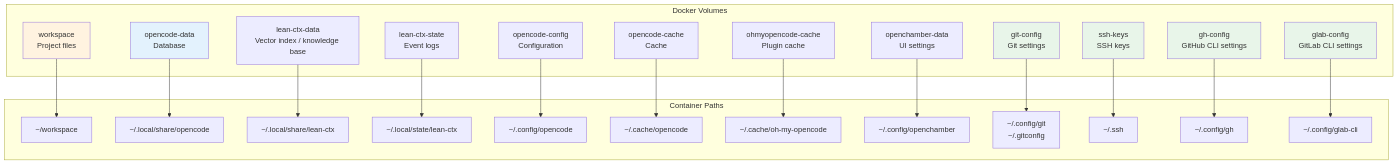
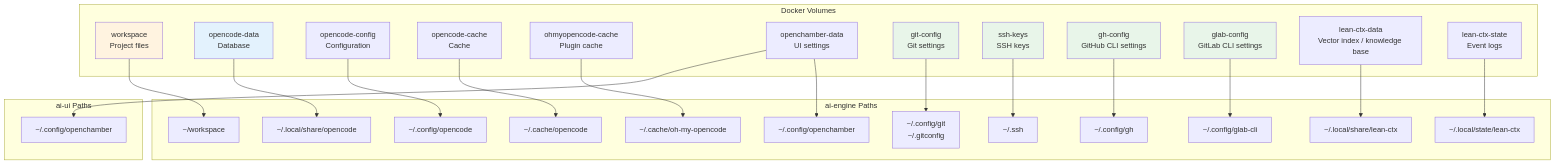
The seventh of 10 diagrams in docs/ARCHITECTURE.md (tryweb/ai-engkit), drawn with Mermaid before and after one commit. The commit also changed other lines of this file and 10 other files, not shown here.

````diff
--- a/docs/ARCHITECTURE.md
+++ b/docs/ARCHITECTURE.md
@@ -217,52 +246,57 @@
 ```mermaid
 graph TB
     subgraph "Docker Volumes"
         VOL_WS["workspace<br/>Project files"]
         VOL_DATA["opencode-data<br/>Database"]
         VOL_CONFIG["opencode-config<br/>Configuration"]
         VOL_CACHE["opencode-cache<br/>Cache"]
         VOL_OHMY["ohmyopencode-cache<br/>Plugin cache"]
         VOL_CHAMBER["openchamber-data<br/>UI settings"]
         VOL_GIT["git-config<br/>Git settings"]
         VOL_SSH["ssh-keys<br/>SSH keys"]
         VOL_GH["gh-config<br/>GitHub CLI settings"]
         VOL_GLAB["glab-config<br/>GitLab CLI settings"]
         VOL_LC_DATA["lean-ctx-data<br/>Vector index / knowledge base"]
         VOL_LC_STATE["lean-ctx-state<br/>Event logs"]
     end
 
-    subgraph "Container Paths"
-        C_WS["~/workspace"]
-        C_DATA["~/.local/share/opencode"]
-        C_LC_DATA["~/.local/share/lean-ctx"]
-        C_LC_STATE["~/.local/state/lean-ctx"]
-        C_CONFIG["~/.config/opencode"]
-        C_CACHE["~/.cache/opencode"]
-        C_OHMY["~/.cache/oh-my-opencode"]
-        C_CHAMBER["~/.config/openchamber"]
-        C_GIT["~/.config/git<br/>~/.gitconfig"]
-        C_SSH["~/.ssh"]
-        C_GH["~/.config/gh"]
-        C_GLAB["~/.config/glab-cli"]
+    subgraph "ai-engine Paths"
+        E_WS["~/workspace"]
+        E_DATA["~/.local/share/opencode"]
+        E_LC_DATA["~/.local/share/lean-ctx"]
+        E_LC_STATE["~/.local/state/lean-ctx"]
+        E_CONFIG["~/.config/opencode"]
+        E_CACHE["~/.cache/opencode"]
+        E_OHMY["~/.cache/oh-my-opencode"]
+        E_CHAMBER["~/.config/openchamber"]
+        E_GIT["~/.config/git<br/>~/.gitconfig"]
+        E_SSH["~/.ssh"]
+        E_GH["~/.config/gh"]
+        E_GLAB["~/.config/glab-cli"]
     end
 
-    VOL_WS --> C_WS
-    VOL_DATA --> C_DATA
-    VOL_CONFIG --> C_CONFIG
-    VOL_CACHE --> C_CACHE
-    VOL_OHMY --> C_OHMY
-    VOL_CHAMBER --> C_CHAMBER
-    VOL_GIT --> C_GIT
-    VOL_SSH --> C_SSH
-    VOL_GH --> C_GH
-    VOL_GLAB --> C_GLAB
-    VOL_LC_DATA --> C_LC_DATA
-    VOL_LC_STATE --> C_LC_STATE
+    subgraph "ai-ui Paths"
+        U_CHAMBER["~/.config/openchamber"]
+    end
+
+    VOL_WS --> E_WS
+    VOL_DATA --> E_DATA
+    VOL_CONFIG --> E_CONFIG
+    VOL_CACHE --> E_CACHE
+    VOL_OHMY --> E_OHMY
+    VOL_CHAMBER --> E_CHAMBER
+    VOL_CHAMBER --> U_CHAMBER
+    VOL_GIT --> E_GIT
+    VOL_SSH --> E_SSH
+    VOL_GH --> E_GH
+    VOL_GLAB --> E_GLAB
+    VOL_LC_DATA --> E_LC_DATA
+    VOL_LC_STATE --> E_LC_STATE
 
     style VOL_WS fill:#fff3e0
     style VOL_DATA fill:#e3f2fd
     style VOL_GIT fill:#e8f5e9
     style VOL_SSH fill:#e8f5e9
     style VOL_GH fill:#e8f5e9
     style VOL_GLAB fill:#e8f5e9
 ```
````
